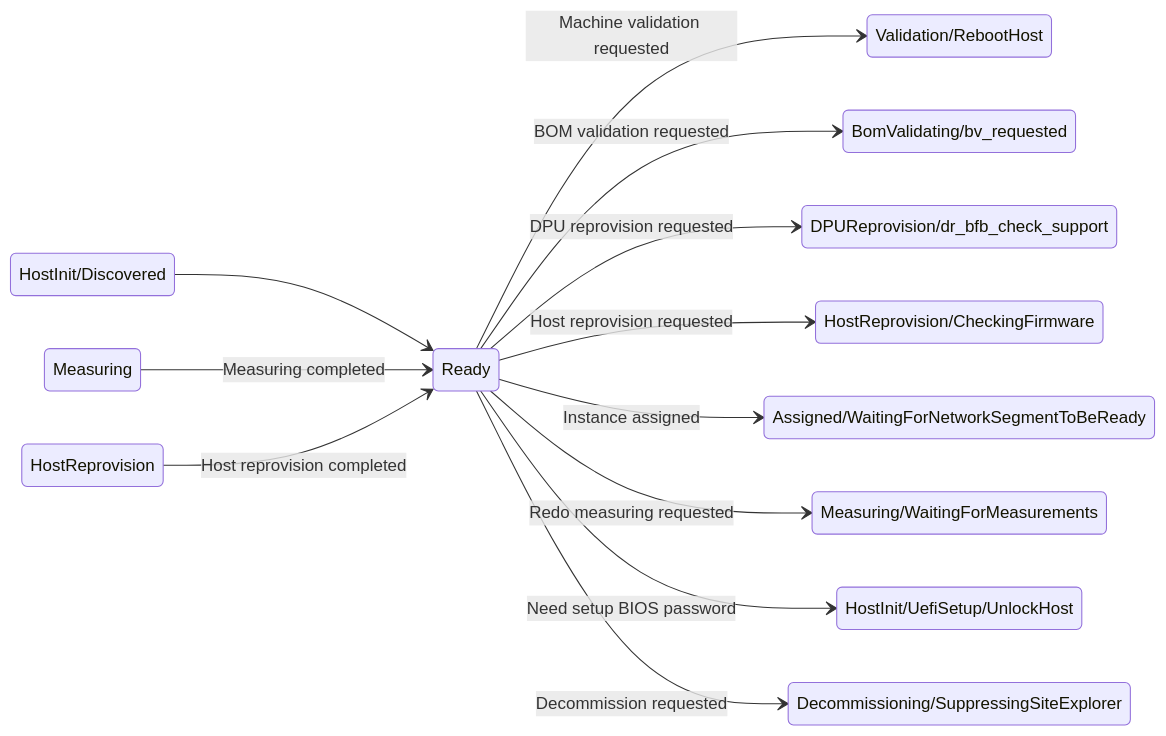
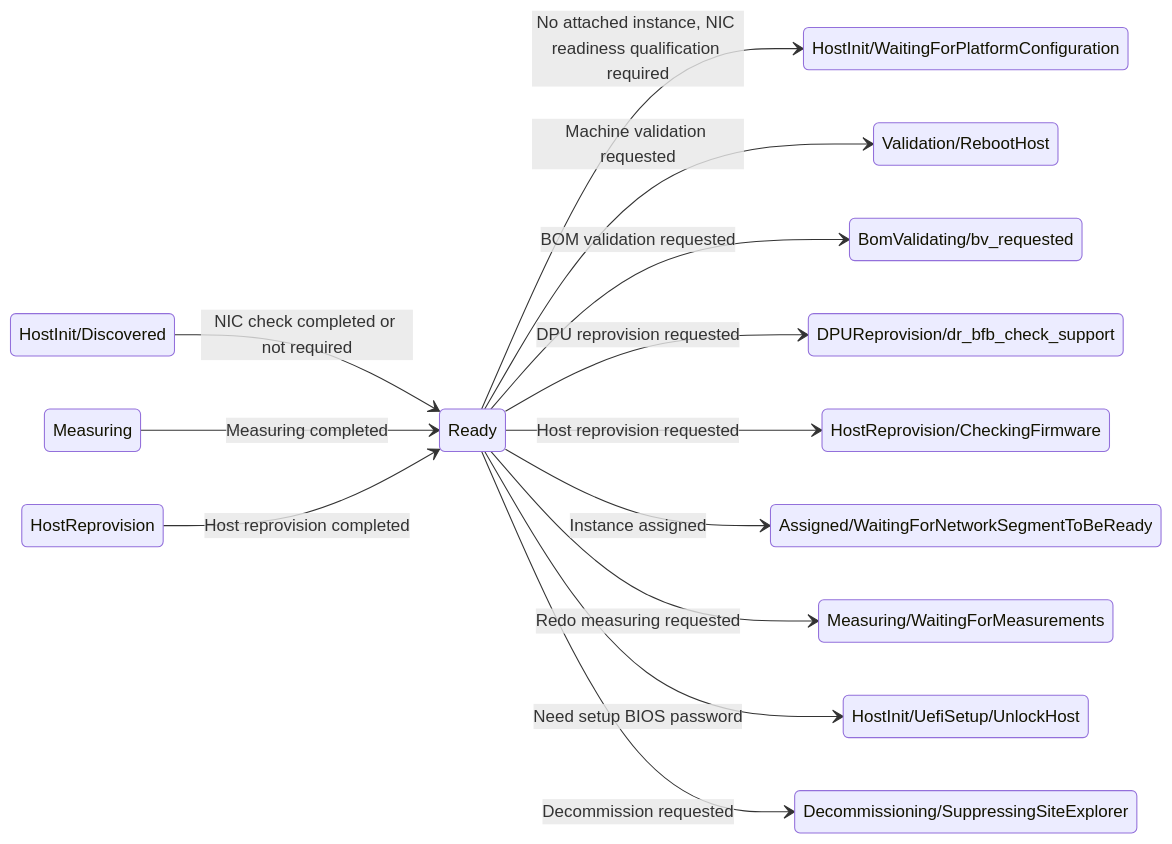
Before and after one commit to dsx-ai-factory/infra-controller: diagram 12 of 19 in docs/architecture/state_machines/managedhost.md, drawn with Mermaid. The commit also changed other lines of this file and 3 other files, not shown here.

````diff
--- a/docs/architecture/state_machines/managedhost.md
+++ b/docs/architecture/state_machines/managedhost.md
@@ -588,30 +712,32 @@
 ```mermaid
 stateDiagram-v2
     direction LR
 
     state Measuring
     state HostReprovision
     state "HostInit/Discovered" as HostInit_HI_Discovered
     state Ready
     state "Validation/RebootHost" as Validation_V_RebootHost
     state "BomValidating/bv_requested" as BomValidating_bv_requested
     state "Assigned/WaitingForNetworkSegmentToBeReady" as Assigned_A_WaitingForNetworkSegmentToBeReady
     state "HostInit/UefiSetup/UnlockHost" as HostInit_HI_UefiSetup_HI_USS_UnlockHost
     state "Measuring/WaitingForMeasurements" as Measuring_M_WaitingForMeasurements
     state "DPUReprovision/dr_bfb_check_support" as DPUReprovision_dr_bfb_check_support
     state "HostReprovision/CheckingFirmware" as HostReprovision_HR_CheckingFirmware
     state "Decommissioning/SuppressingSiteExplorer" as Decommissioning_SuppressingSiteExplorer
 
-    HostInit_HI_Discovered --> Ready
+    HostInit_HI_Discovered --> Ready : NIC check completed or not required
+    state "HostInit/WaitingForPlatformConfiguration" as HostInit_NicQualification
+    Ready --> HostInit_NicQualification : No attached instance, NIC readiness qualification required
     Measuring --> Ready : Measuring completed
     HostReprovision --> Ready : Host reprovision completed
 
     Ready --> Validation_V_RebootHost : Machine validation requested
     Ready --> BomValidating_bv_requested : BOM validation requested
     Ready --> DPUReprovision_dr_bfb_check_support : DPU reprovision requested
     Ready --> HostReprovision_HR_CheckingFirmware : Host reprovision requested
     Ready --> Assigned_A_WaitingForNetworkSegmentToBeReady : Instance assigned
     Ready --> Measuring_M_WaitingForMeasurements : Redo measuring requested
     Ready --> HostInit_HI_UefiSetup_HI_USS_UnlockHost : Need setup BIOS password
     Ready --> Decommissioning_SuppressingSiteExplorer : Decommission requested
 ```
````
